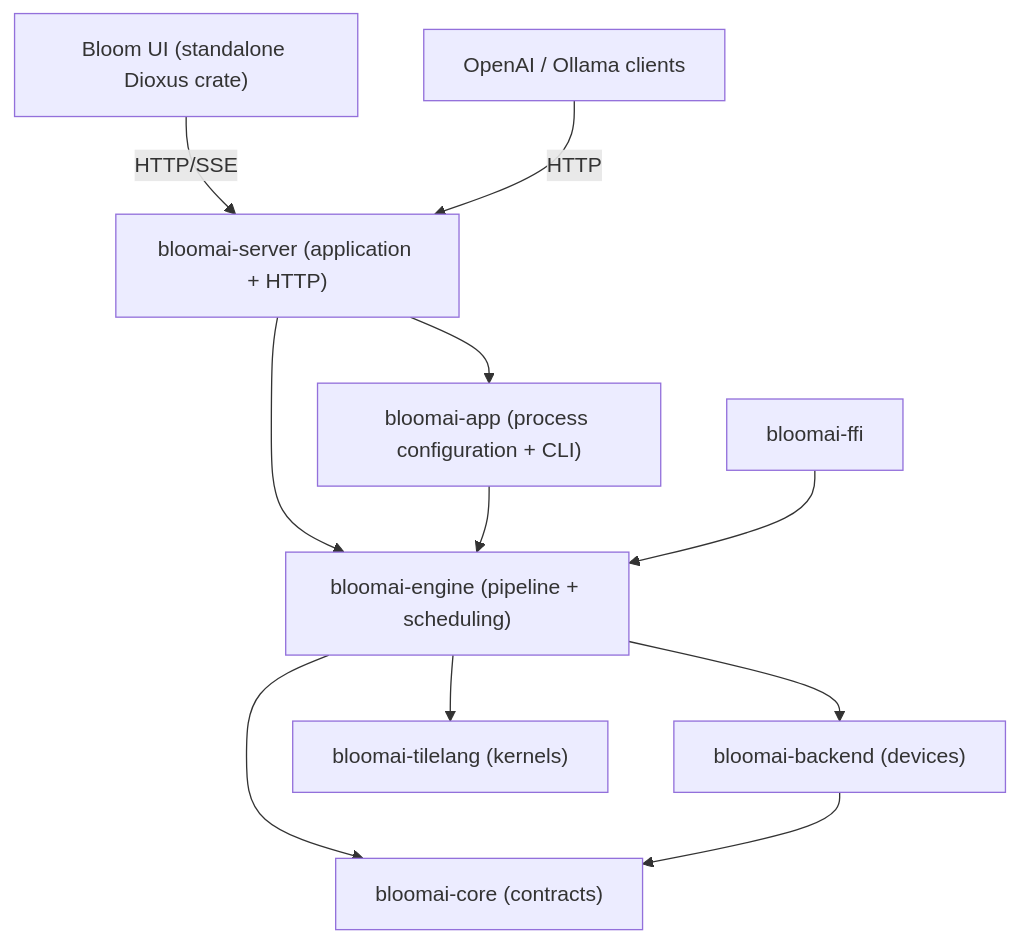
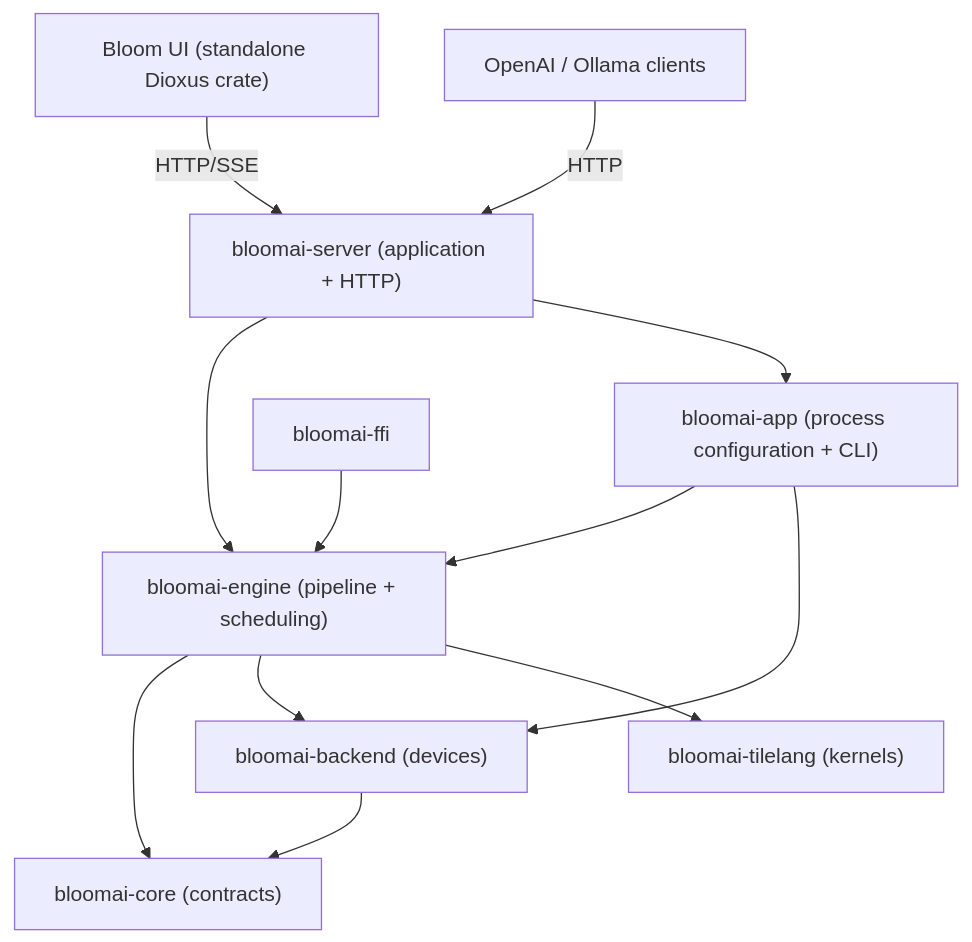
The first of 2 diagrams in docs/architecture.md (constmark/bloom), drawn with Mermaid before and after one commit. The commit also changed other lines of this file and 7 other files, not shown here.

````diff
--- a/docs/architecture.md
+++ b/docs/architecture.md
@@ -13,13 +18,14 @@
 ```mermaid
 flowchart TD
     Web["Bloom UI (standalone Dioxus crate)"] -->|HTTP/SSE| Server["bloomai-server (application + HTTP)"]
     Client["OpenAI / Ollama clients"] -->|HTTP| Server
     Server --> Engine["bloomai-engine (pipeline + scheduling)"]
     App["bloomai-app (process configuration + CLI)"] --> Engine
     Server --> App
+    App --> Backend
     FFI["bloomai-ffi"] --> Engine
     Engine --> Core["bloomai-core (contracts)"]
     Engine --> Backend["bloomai-backend (devices)"]
     Engine --> Tile["bloomai-tilelang (kernels)"]
     Backend --> Core
 ```
````
